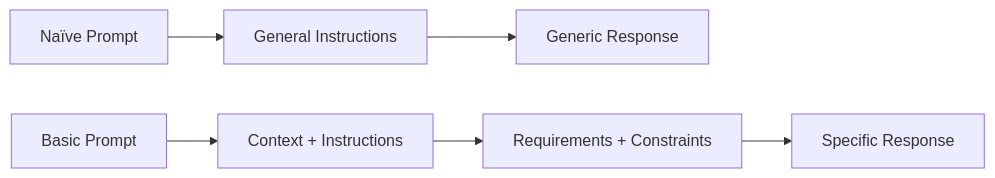
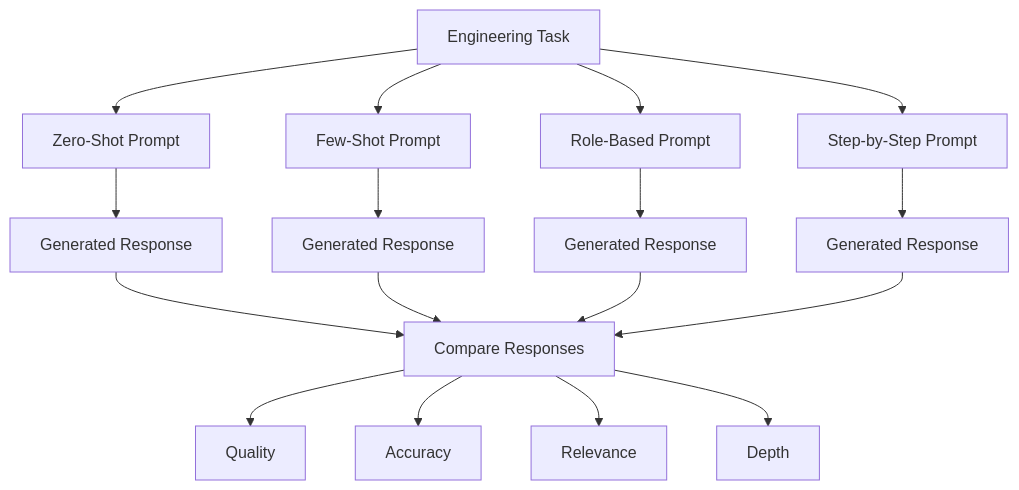
Before and after one commit to Vivega-J/Ex.No.5: the diagram in README.md, drawn with Mermaid. The commit also changed other lines of this file, not shown here.

````diff
--- a/README.md
+++ b/README.md
@@ -75,9 +82,22 @@
 ```mermaid
-flowchart LR
-    A[Naïve Prompt] --> B[General Instructions]
-    B --> C[Generic Response]
+flowchart TD
+    A[Engineering Task] --> B[Zero-Shot Prompt]
+    A --> C[Few-Shot Prompt]
+    A --> D[Role-Based Prompt]
+    A --> E[Step-by-Step Prompt]
 
-    D[Basic Prompt] --> E[Context + Instructions]
-    E --> F[Requirements + Constraints]
-    F --> G[Specific Response]
+    B --> F[Generated Response]
+    C --> G[Generated Response]
+    D --> H[Generated Response]
+    E --> I[Generated Response]
+
+    F --> J[Compare Responses]
+    G --> J
+    H --> J
+    I --> J
+
+    J --> K[Quality]
+    J --> L[Accuracy]
+    J --> M[Relevance]
+    J --> N[Depth]
 ```
````
